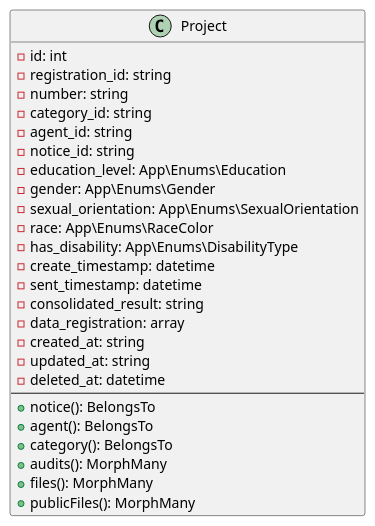
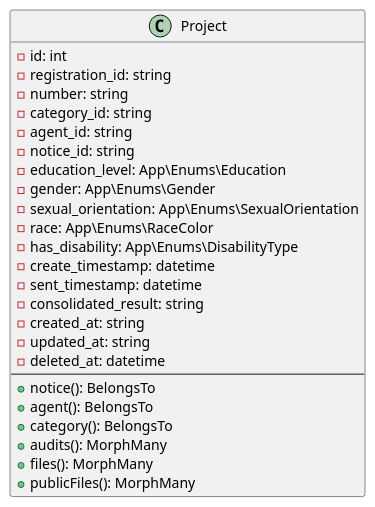
Before and after one commit to secultce/efomento: the diagram in docs/diagrams/classes/Project.puml, drawn with PlantUML. The commit also changed 9 other files, not shown here.

```diff
--- a/docs/diagrams/classes/Project.puml
+++ b/docs/diagrams/classes/Project.puml
@@ -1,31 +1,30 @@
 @startuml Project
 
 class Project {
     -id: int
     -registration_id: string
     -number: string
     -category_id: string
     -agent_id: string
     -notice_id: string
     -education_level: App\Enums\Education
     -gender: App\Enums\Gender
     -sexual_orientation: App\Enums\SexualOrientation
     -race: App\Enums\RaceColor
     -has_disability: App\Enums\DisabilityType
     -create_timestamp: datetime
     -sent_timestamp: datetime
     -consolidated_result: string
-    -data_registration: array
     -created_at: string
     -updated_at: string
     -deleted_at: datetime
     --
     +notice(): BelongsTo
     +agent(): BelongsTo
     +category(): BelongsTo
     +audits(): MorphMany
     +files(): MorphMany
     +publicFiles(): MorphMany
 }
 
 @enduml
```
